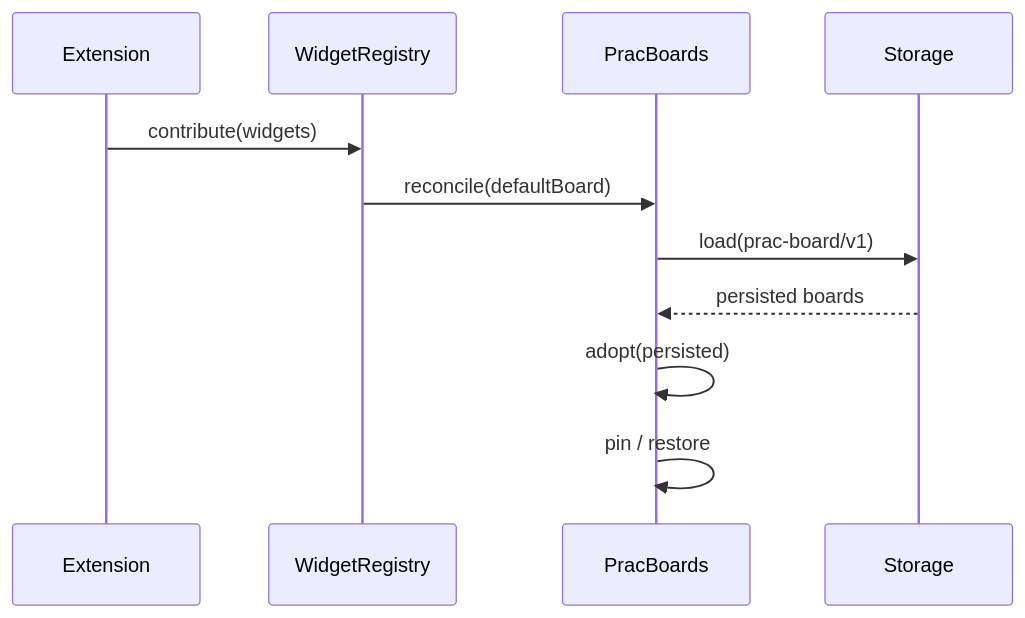
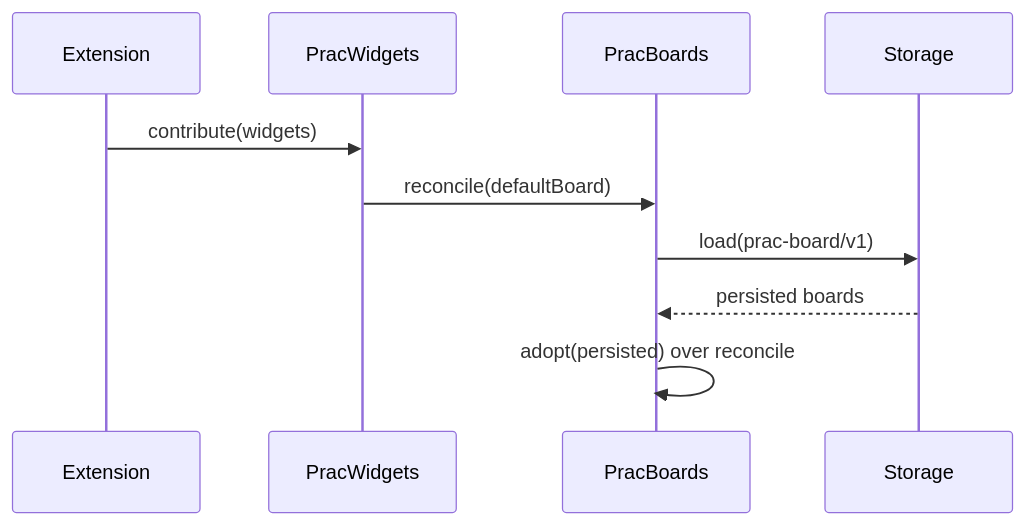
Before and after one commit to ifplusor/prac: the third of 3 diagrams in .agents/notes/in-progress/2026-11-05-tech-widget.md, drawn with Mermaid. The commit also changed other lines of this file and 1 other file, not shown here.

Commit message:
docs(notes): rewrite tech-ui and tech-widget from the settled design

````diff
--- a/.agents/notes/in-progress/2026-11-05-tech-widget.md
+++ b/.agents/notes/in-progress/2026-11-05-tech-widget.md
@@ -274,13 +157,12 @@
 ```mermaid
 sequenceDiagram
   participant E as Extension
-  participant W as WidgetRegistry
+  participant W as PracWidgets
   participant B as PracBoards
   participant S as Storage
   E->>W: contribute(widgets)
   W->>B: reconcile(defaultBoard)
   B->>S: load(prac-board/v1)
   S-->>B: persisted boards
-  B->>B: adopt(persisted)
-  B->>B: pin / restore
+  B->>B: adopt(persisted) over reconcile
 ```
````
